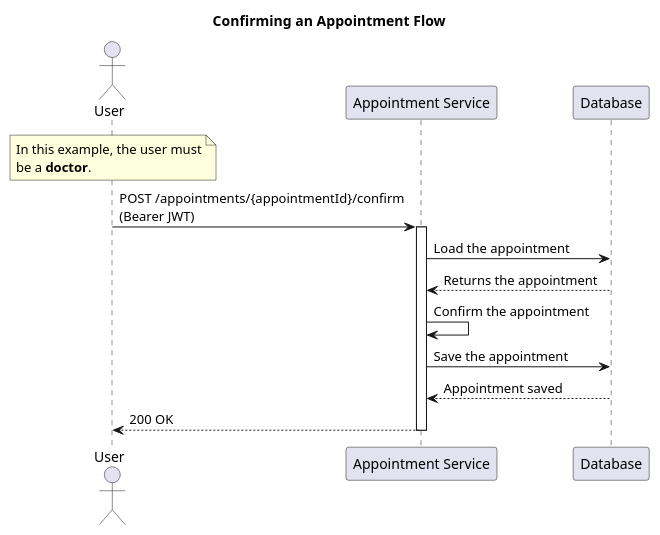
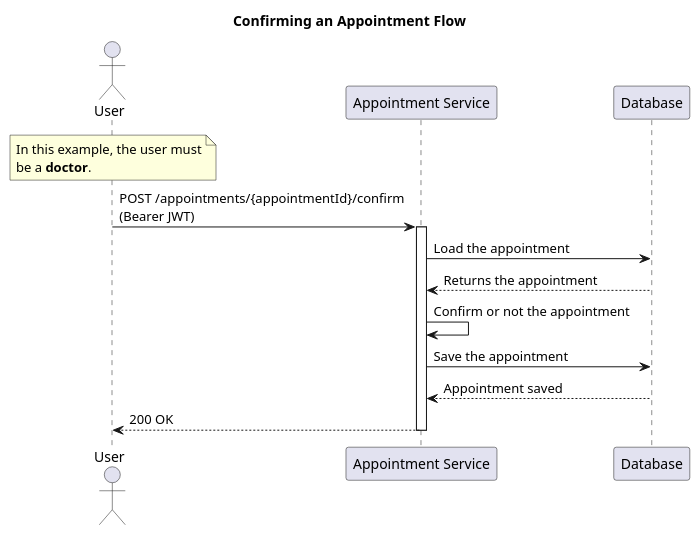
One commit to jfelipearaujo-healthmed/appointment-service changed the diagram in docs/confirmation_appointment.puml. Above: the diagram before and after it, drawn with PlantUML. The commit also changed 4 other files, not shown here.

```diff
--- a/docs/confirmation_appointment.puml
+++ b/docs/confirmation_appointment.puml
@@ -1,26 +1,26 @@
 @startuml confirmation_appointment
 
 title Confirming an Appointment Flow
 
 actor "User" as user
 participant "Appointment Service" as appointment_service
 participant "Database" as database
 
 note over user
 In this example, the user must
 be a **doctor**.
 end note
 
 user -> appointment_service: POST /appointments/{appointmentId}/confirm\n(Bearer JWT)
 
 activate appointment_service
 appointment_service -> database: Load the appointment
 database --> appointment_service: Returns the appointment
-appointment_service -> appointment_service: Confirm the appointment
+appointment_service -> appointment_service: Confirm or not the appointment
 appointment_service -> database: Save the appointment
 database --> appointment_service: Appointment saved
 appointment_service --> user: 200 OK
 deactivate appointment_service
 
 
 @enduml
```
